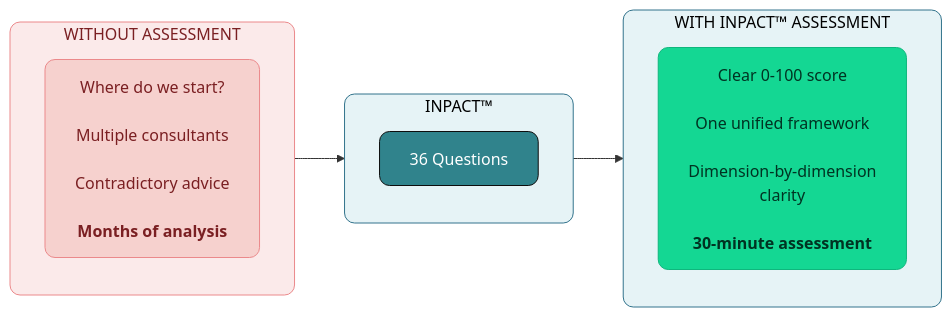
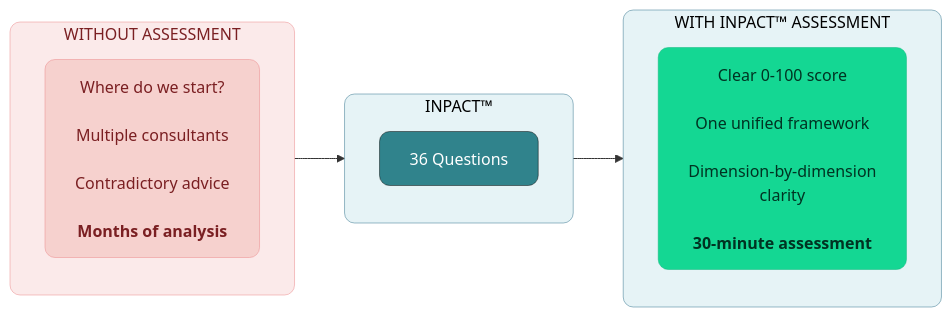
One commit to saitejesh-cyber/trust-before-intelligence-book changed the first of 6 diagrams in manuscript/10_chapter_9_measuring_agent_readiness.md. Above: the diagram before and after it, drawn with Mermaid. The commit also changed other lines of this file and 12 other files, not shown here.

Commit message:
Update stroke width to 0.5px instead of 1px to all the diagrams

````diff
--- a/manuscript/10_chapter_9_measuring_agent_readiness.md
+++ b/manuscript/10_chapter_9_measuring_agent_readiness.md
@@ -13,29 +13,29 @@
 ```mermaid
 
 graph LR
     subgraph BEFORE["WITHOUT ASSESSMENT"]
         direction TB
         B1["Where do we start?<br/><br/>Multiple consultants<br/><br/>Contradictory advice<br/><br/><b>Months of analysis</b>"]
     end
     
     subgraph TRANSFORM["INPACT™"]
         direction TB
         T1["36 Questions"]
     end
     
     subgraph AFTER["WITH INPACT™ ASSESSMENT"]
         direction TB
         A1["Clear 0-100 score<br/><br/>One unified framework<br/><br/>Dimension-by-dimension<br/>clarity<br/><br/><b>30-minute assessment</b>"]
     end
     
     BEFORE --> TRANSFORM --> AFTER
     
-    style BEFORE fill:#FBEAEA,stroke:#EB898B,stroke-width:1px,color:#7A1F22,rx:10,ry:10
-    style TRANSFORM fill:#E6F3F6,stroke:#32738C,stroke-width:1px,color:#000000,rx:10,ry:10
-    style AFTER fill:#E6F3F6,stroke:#32738C,stroke-width:1px,color:#000000,rx:10,ry:10
-    style B1 fill:#F6D1CE,stroke:#EB898B,stroke-width:1px,color:#7A1F22,rx:10,ry:10
-    style T1 fill:#30838C,stroke:#0D0D0D,stroke-width:1px,color:#ffffff,rx:10,ry:10
-    style A1 fill:#14D793,stroke:#0FB67D,stroke-width:1px,color:#003322,rx:10,ry:10
+    style BEFORE fill:#FBEAEA,stroke:#EB898B,stroke-width:0.5px,color:#7A1F22,rx:10,ry:10
+    style TRANSFORM fill:#E6F3F6,stroke:#32738C,stroke-width:0.5px,color:#000000,rx:10,ry:10
+    style AFTER fill:#E6F3F6,stroke:#32738C,stroke-width:0.5px,color:#000000,rx:10,ry:10
+    style B1 fill:#F6D1CE,stroke:#EB898B,stroke-width:0.5px,color:#7A1F22,rx:10,ry:10
+    style T1 fill:#30838C,stroke:#0D0D0D,stroke-width:0.5px,color:#ffffff,rx:10,ry:10
+    style A1 fill:#14D793,stroke:#0FB67D,stroke-width:0.5px,color:#003322,rx:10,ry:10
 
 
 ```
````
